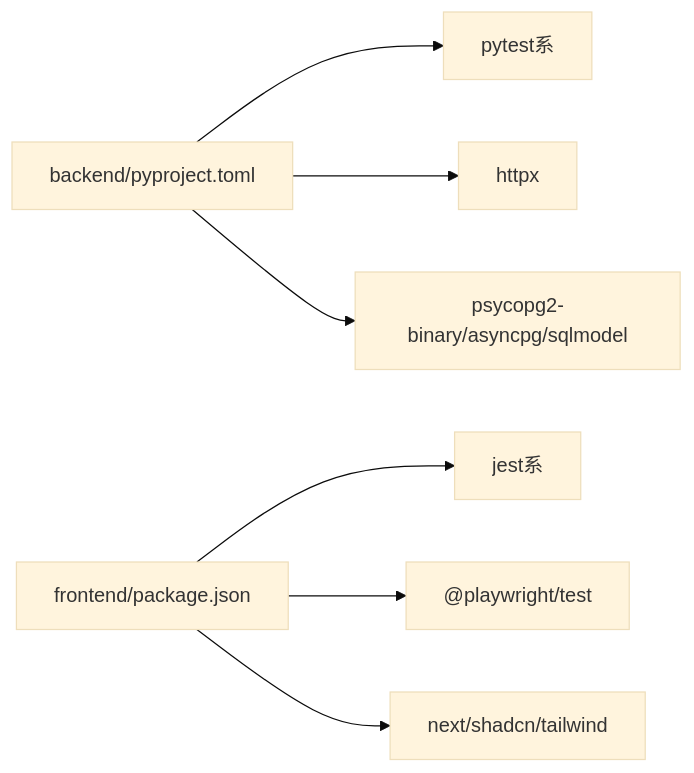
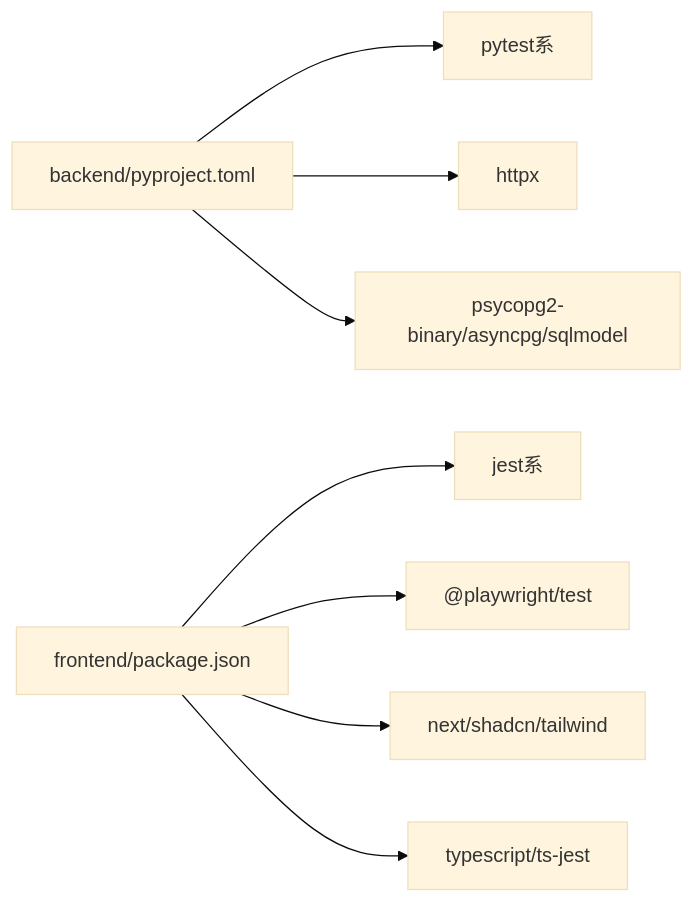
Before and after one commit to ss8806/Todos: the fifth of 5 diagrams in .qoder/repowiki/ja/content/トラブルシューティング/テストの実行と問題解決.md, drawn with Mermaid (base theme). The commit also changed other lines of this file and 35 other files, not shown here.

````diff
--- a/.qoder/repowiki/ja/content/トラブルシューティング/テストの実行と問題解決.md
+++ b/.qoder/repowiki/ja/content/トラブルシューティング/テストの実行と問題解決.md
@@ -274,9 +320,10 @@
 ```mermaid
 graph LR
 BE["backend/pyproject.toml"] --> PY["pytest系"]
 BE --> HTTPX["httpx"]
 BE --> DB["psycopg2-binary/asyncpg/sqlmodel"]
 FE_PKG["frontend/package.json"] --> JEST["jest系"]
 FE_PKG --> PW["@playwright/test"]
 FE_PKG --> NEXT["next/shadcn/tailwind"]
+FE_PKG --> TS["typescript/ts-jest"]
 ```
````
